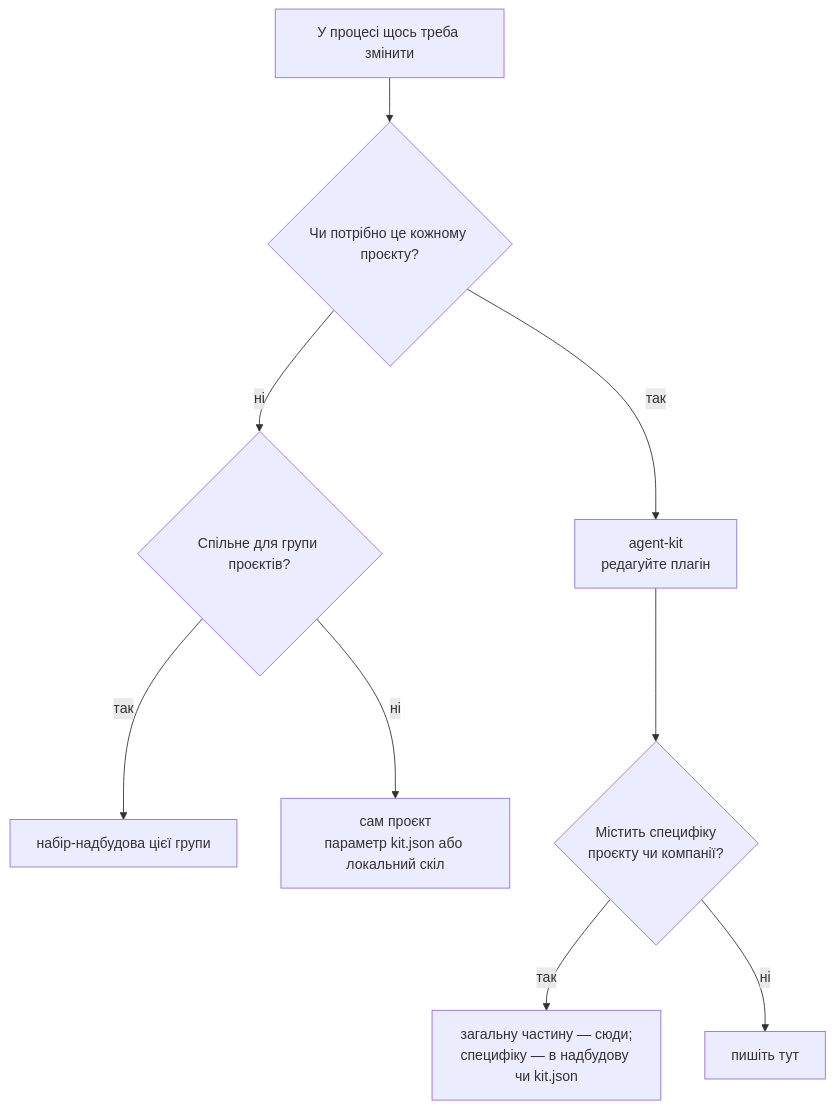
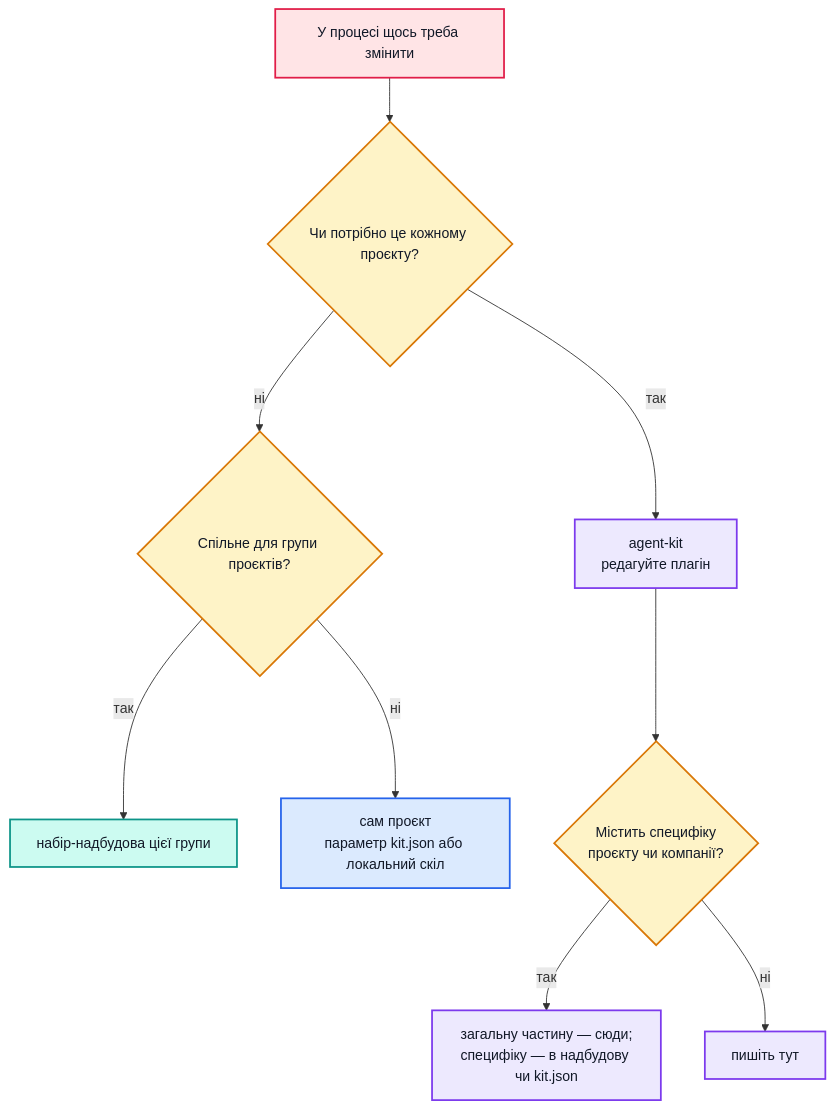
One commit to 3meyc/agent-kit changed the first of 2 diagrams in docs/changing.uk.md. Above: the diagram before and after it, drawn with Mermaid. The commit also changed other lines of this file and 16 other files, not shown here.

First line of the commit message:
docs: colour every diagram, start the evolution pages, retire the design banner

````diff
--- a/docs/changing.uk.md
+++ b/docs/changing.uk.md
@@ -16,11 +16,22 @@
 ```mermaid
 flowchart TD
   A["У процесі щось треба змінити"] --> B{"Чи потрібно це кожному проєкту?"}
   B -- так --> C["agent-kit<br/>редагуйте плагін"]
   B -- ні --> D{"Спільне для групи проєктів?"}
   D -- так --> E["набір-надбудова цієї групи"]
   D -- ні --> F["сам проєкт<br/>параметр kit.json або локальний скіл"]
   C --> G{"Містить специфіку<br/>проєкту чи компанії?"}
   G -- так --> H["загальну частину — сюди;<br/>специфіку — в надбудову чи kit.json"]
   G -- ні --> I["пишіть тут"]
+
+  classDef start fill:#ffe4e6,stroke:#e11d48,stroke-width:2px,color:#111827
+  classDef ask fill:#fef3c7,stroke:#d97706,stroke-width:2px,color:#111827
+  classDef kit fill:#ede9fe,stroke:#7c3aed,stroke-width:2px,color:#111827
+  classDef over fill:#ccfbf1,stroke:#0d9488,stroke-width:2px,color:#111827
+  classDef proj fill:#dbeafe,stroke:#2563eb,stroke-width:2px,color:#111827
+  class A start
+  class B,D,G ask
+  class C,H,I kit
+  class E over
+  class F proj
 ```
````
